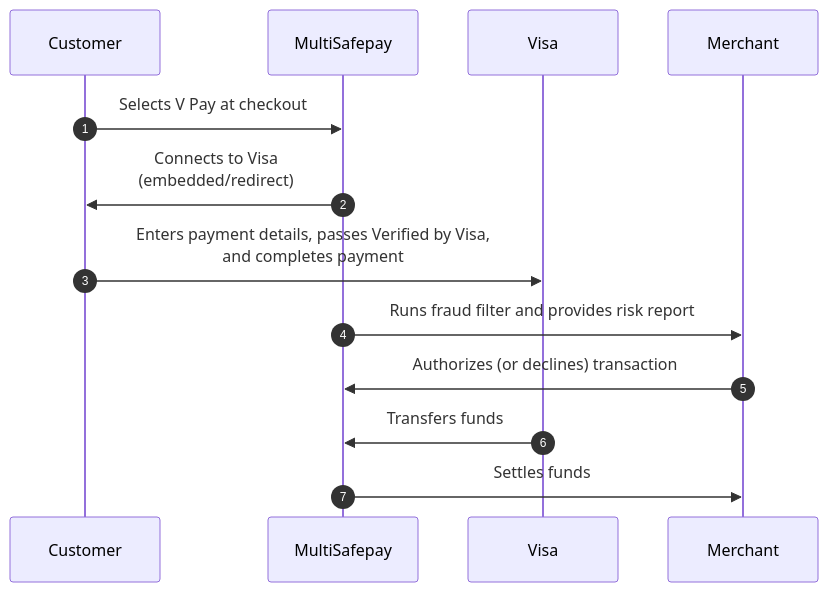
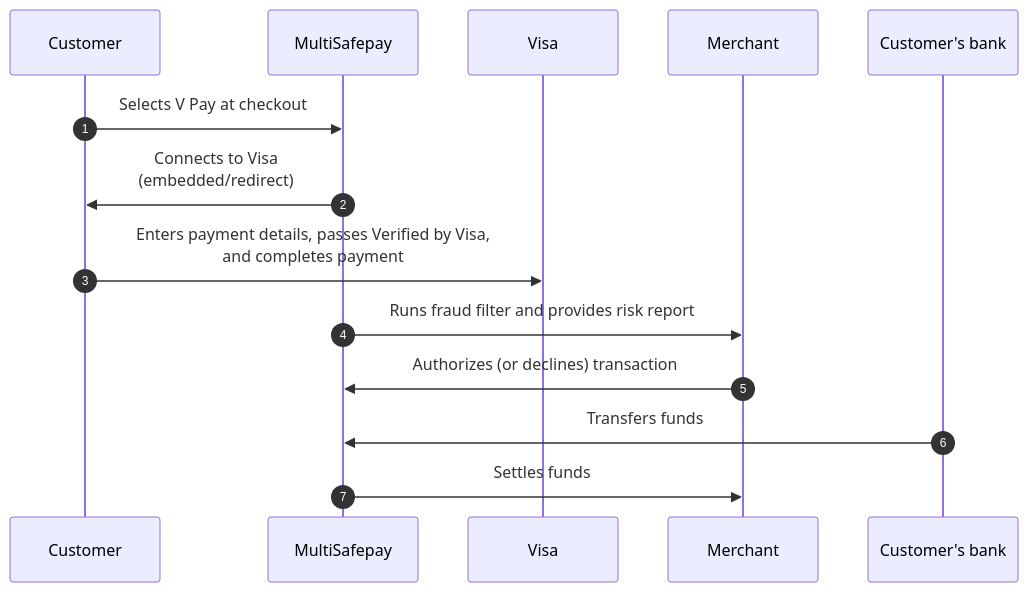
One commit to MultiSafepay/docs changed the diagram in content/payments/methods/credit-and-debit-cards/vpay/payment-flow.md. Above: the diagram before and after it, drawn with Mermaid. The commit also changed other lines of this file and 37 other files, not shown here.

```diff
--- a/content/payments/methods/credit-and-debit-cards/vpay/payment-flow.md
+++ b/content/payments/methods/credit-and-debit-cards/vpay/payment-flow.md
@@ -14,19 +14,20 @@
 {{< mermaid class="text-center" >}}
 
 sequenceDiagram
     autonumber
     participant C as Customer
     participant Mu as MultiSafepay
     participant V as Visa
     participant Me as Merchant
+    participant CB as Customer's bank
 
     C->>Mu: Selects V Pay at checkout
     Mu->>C: Connects to Visa <br> (embedded/redirect)
     C->>V: Enters payment details, passes Verified by Visa, <br> and completes payment
     Mu->>Me: Runs fraud filter and provides risk report
     Me->>Mu: Authorizes (or declines) transaction
-    V->>Mu: Transfers funds 
+    CB->>Mu: Transfers funds 
     Mu->>Me: Settles funds
        
 
 {{< /mermaid >}}
```
